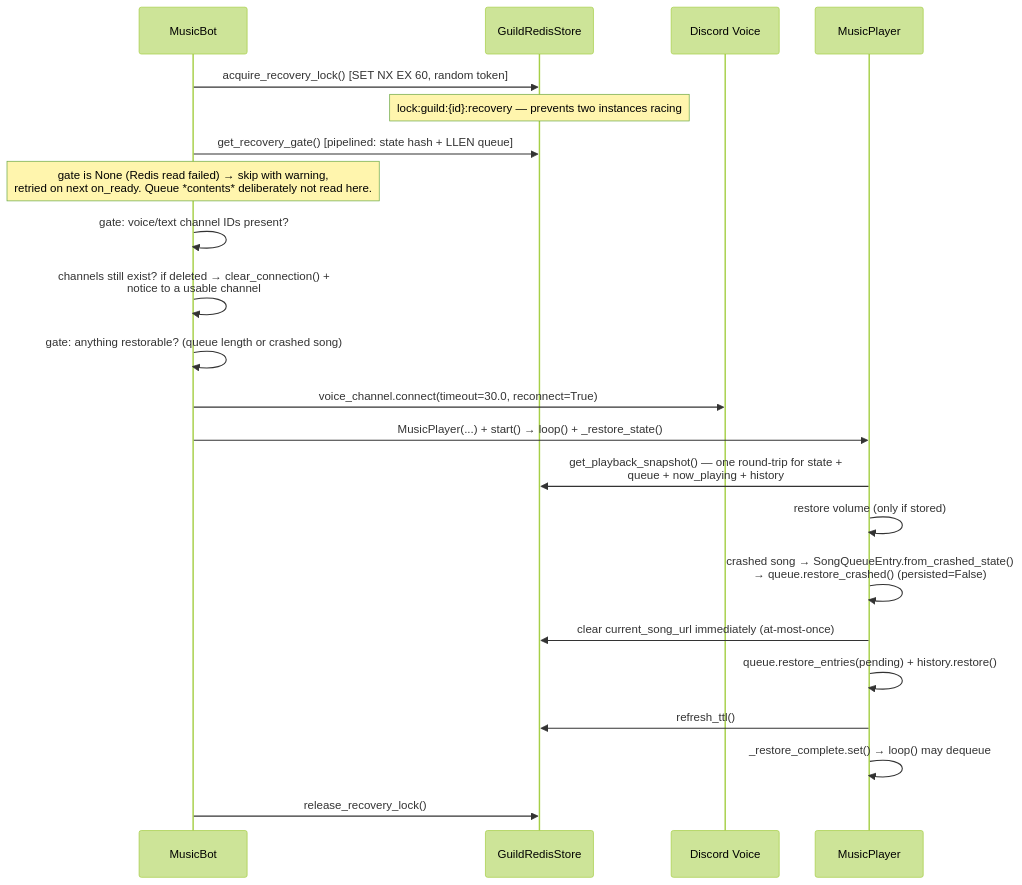
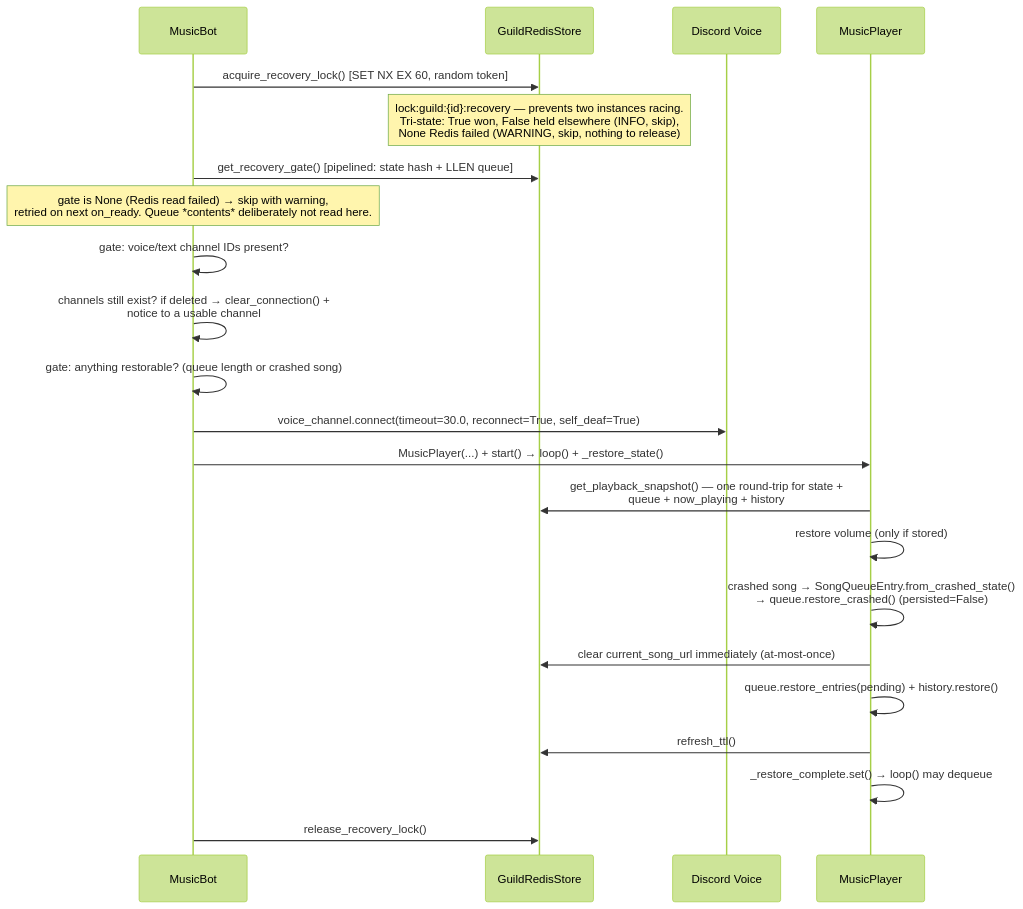
Diagram 11 of 15 in docs/ARCHITECTURE.md (kawadeomkar/discord-music-bot), drawn with Mermaid (forest theme) before and after one commit. The commit also changed other lines of this file and 6 other files, not shown here.

````diff
--- a/docs/ARCHITECTURE.md
+++ b/docs/ARCHITECTURE.md
@@ -757,27 +758,27 @@
 ```mermaid
 sequenceDiagram
     participant MusicBot
     participant Redis as GuildRedisStore
     participant VC as Discord Voice
     participant MP as MusicPlayer
 
     MusicBot->>Redis: acquire_recovery_lock() [SET NX EX 60, random token]
-    Note over Redis: lock:guild:{id}:recovery — prevents two instances racing
+    Note over Redis: lock:guild:{id}:recovery — prevents two instances racing.<br/>Tri-state: True won, False held elsewhere (INFO, skip),<br/>None Redis failed (WARNING, skip, nothing to release)
     MusicBot->>Redis: get_recovery_gate() [pipelined: state hash + LLEN queue]
     Note over MusicBot: gate is None (Redis read failed) → skip with warning,<br/>retried on next on_ready. Queue *contents* deliberately not read here.
     MusicBot->>MusicBot: gate: voice/text channel IDs present?
     MusicBot->>MusicBot: channels still exist? if deleted → clear_connection() +<br/>notice to a usable channel
     MusicBot->>MusicBot: gate: anything restorable? (queue length or crashed song)
-    MusicBot->>VC: voice_channel.connect(timeout=30.0, reconnect=True)
+    MusicBot->>VC: voice_channel.connect(timeout=30.0, reconnect=True, self_deaf=True)
     MusicBot->>MP: MusicPlayer(...) + start() → loop() + _restore_state()
 
     MP->>Redis: get_playback_snapshot() — one round-trip for state +<br/>queue + now_playing + history
     MP->>MP: restore volume (only if stored)
     MP->>MP: crashed song → SongQueueEntry.from_crashed_state()<br/>→ queue.restore_crashed() (persisted=False)
     MP->>Redis: clear current_song_url immediately (at-most-once)
     MP->>MP: queue.restore_entries(pending) + history.restore()
     MP->>Redis: refresh_ttl()
     MP->>MP: _restore_complete.set() → loop() may dequeue
 
     MusicBot->>Redis: release_recovery_lock()
 ```
````
